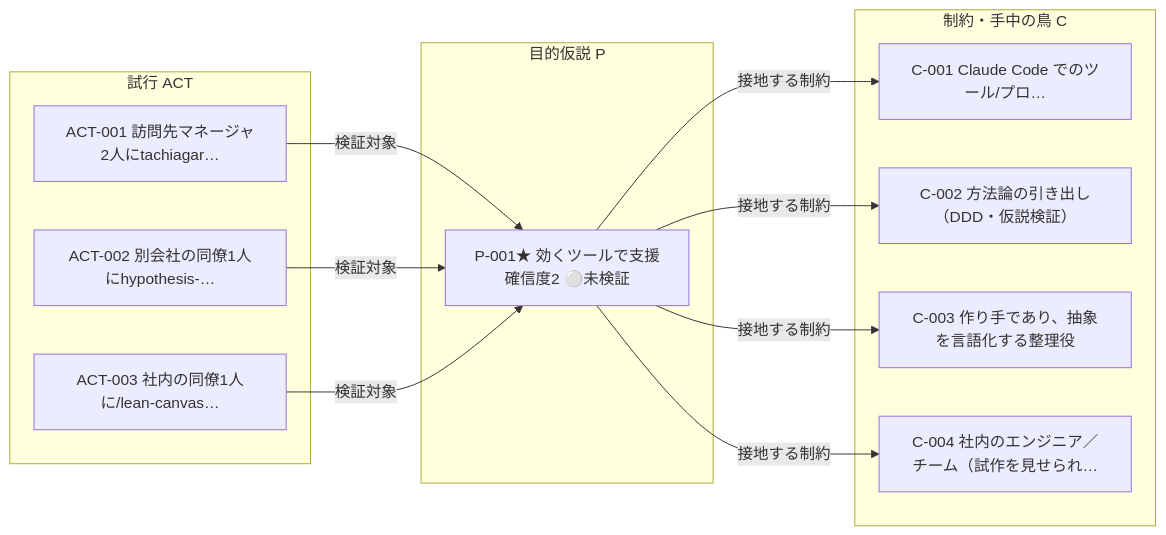
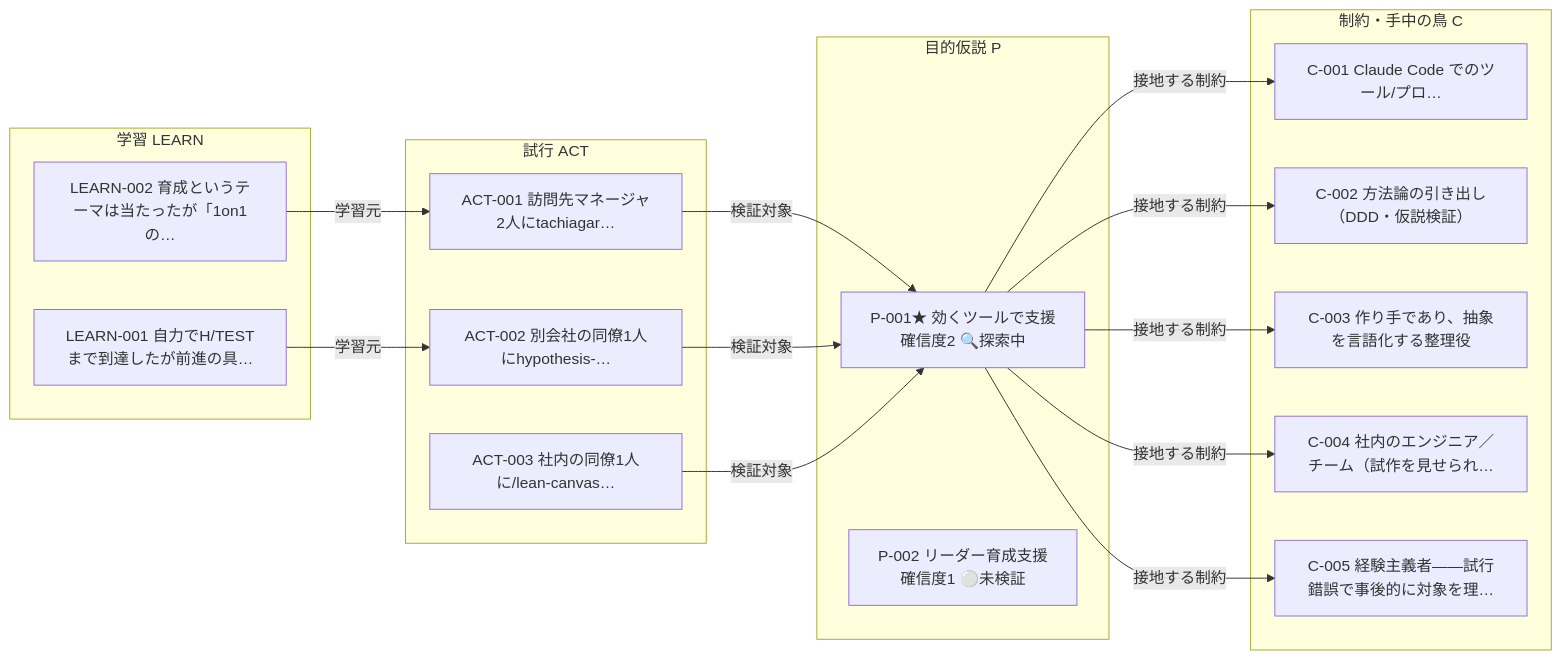
The diagram in projects/self/wiki/views/relations.md (haru01/tachiagari-wiki), drawn with Mermaid before and after one commit. The commit also changed other lines of this file and 12 other files, not shown here.

First line of the commit message:
学び2件と目的仮説1件を架空事例として記録（SELF-LEARN-001/002・SELF-P-002） (#17)

````diff
--- a/projects/self/wiki/views/relations.md
+++ b/projects/self/wiki/views/relations.md
@@ -9,24 +10,33 @@
 ```mermaid
 flowchart LR
     subgraph P["目的仮説 P"]
-      SELF_P_001["P-001★ 効くツールで支援<br/>確信度2 ⚪未検証"]
+      SELF_P_001["P-001★ 効くツールで支援<br/>確信度2 🔍探索中"]
+      SELF_P_002["P-002 リーダー育成支援<br/>確信度1 ⚪未検証"]
     end
     subgraph C["制約・手中の鳥 C"]
       SELF_C_001["C-001 Claude Code でのツール/プロ…"]
       SELF_C_002["C-002 方法論の引き出し（DDD・仮説検証）"]
       SELF_C_003["C-003 作り手であり、抽象を言語化する整理役"]
       SELF_C_004["C-004 社内のエンジニア／チーム（試作を見せられ…"]
+      SELF_C_005["C-005 経験主義者——試行錯誤で事後的に対象を理…"]
     end
     subgraph ACT["試行 ACT"]
       SELF_ACT_001["ACT-001 訪問先マネージャ2人にtachiagar…"]
       SELF_ACT_002["ACT-002 別会社の同僚1人にhypothesis-…"]
       SELF_ACT_003["ACT-003 社内の同僚1人に/lean-canvas…"]
     end
+    subgraph LEARN["学習 LEARN"]
+      SELF_LEARN_001["LEARN-001 自力でH/TESTまで到達したが前進の具…"]
+      SELF_LEARN_002["LEARN-002 育成というテーマは当たったが「1on1の…"]
+    end
     SELF_P_001 -->|接地する制約| SELF_C_001
     SELF_P_001 -->|接地する制約| SELF_C_002
     SELF_P_001 -->|接地する制約| SELF_C_003
     SELF_P_001 -->|接地する制約| SELF_C_004
+    SELF_P_001 -->|接地する制約| SELF_C_005
     SELF_ACT_001 -->|検証対象| SELF_P_001
     SELF_ACT_002 -->|検証対象| SELF_P_001
     SELF_ACT_003 -->|検証対象| SELF_P_001
+    SELF_LEARN_001 -->|学習元| SELF_ACT_002
+    SELF_LEARN_002 -->|学習元| SELF_ACT_001
 ```
````
